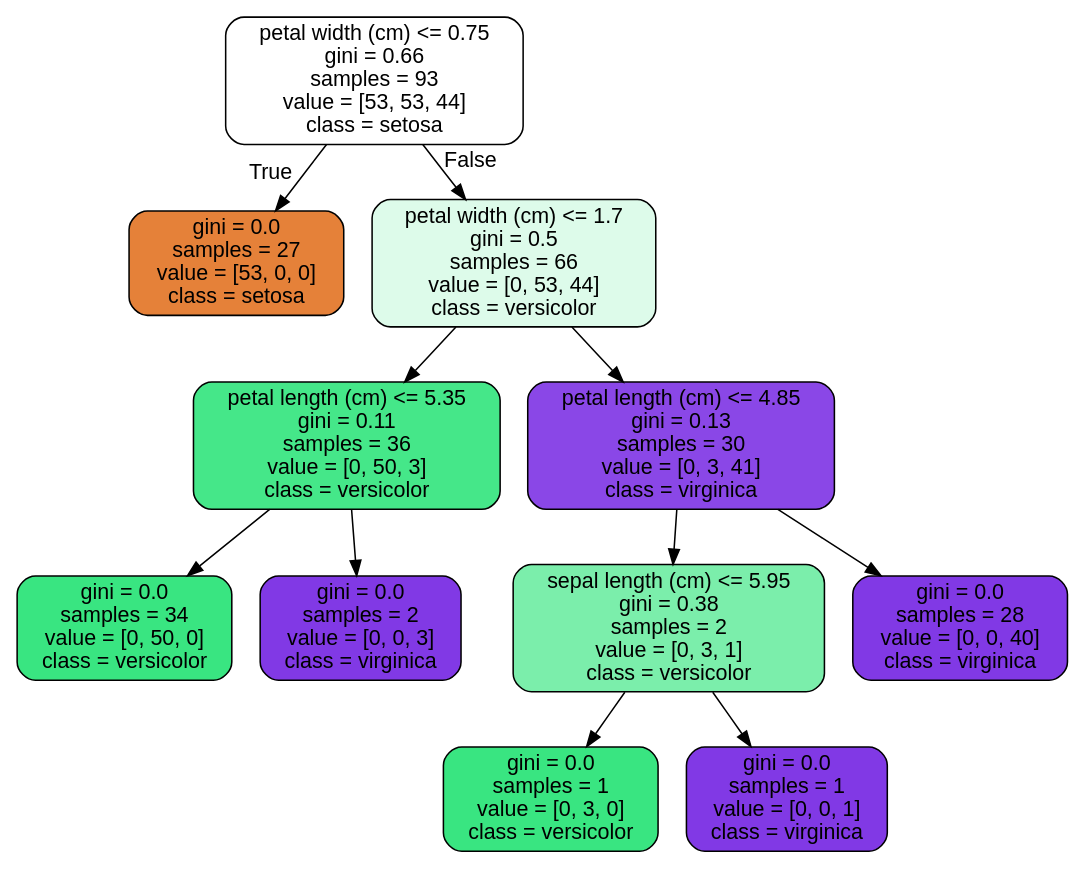
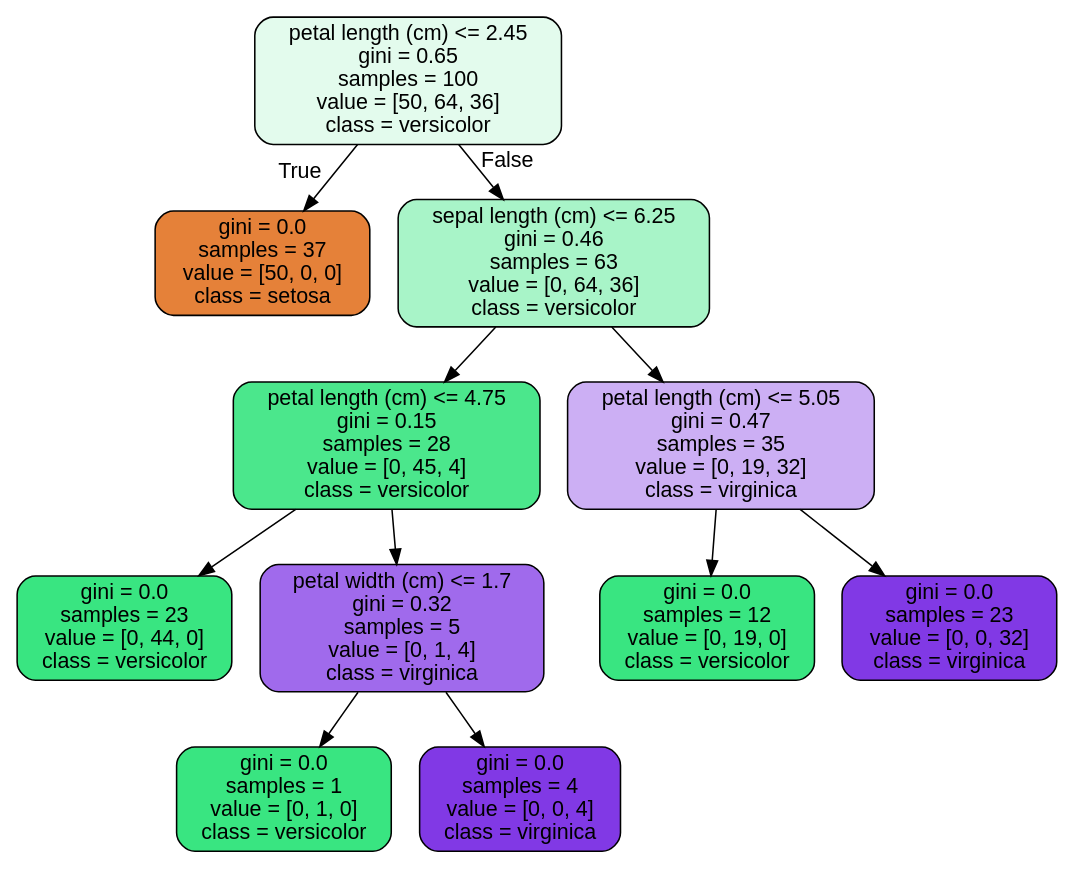
Before and after one commit to VBaluckram/covid_random_forest: the diagram in tree.dot, drawn with Graphviz. The commit also changed 2 other files, not shown here.

```diff
--- a/tree.dot
+++ b/tree.dot
@@ -1,25 +1,25 @@
 digraph Tree {
 node [shape=box, style="filled, rounded", color="black", fontname=helvetica] ;
 edge [fontname=helvetica] ;
-0 [label="petal width (cm) <= 0.75\ngini = 0.66\nsamples = 93\nvalue = [53, 53, 44]\nclass = setosa", fillcolor="#ffffff"] ;
-1 [label="gini = 0.0\nsamples = 27\nvalue = [53, 0, 0]\nclass = setosa", fillcolor="#e58139"] ;
+0 [label="petal length (cm) <= 2.45\ngini = 0.65\nsamples = 100\nvalue = [50, 64, 36]\nclass = versicolor", fillcolor="#e3fbed"] ;
+1 [label="gini = 0.0\nsamples = 37\nvalue = [50, 0, 0]\nclass = setosa", fillcolor="#e58139"] ;
 0 -> 1 [labeldistance=2.5, labelangle=45, headlabel="True"] ;
-2 [label="petal width (cm) <= 1.7\ngini = 0.5\nsamples = 66\nvalue = [0, 53, 44]\nclass = versicolor", fillcolor="#ddfbea"] ;
+2 [label="sepal length (cm) <= 6.25\ngini = 0.46\nsamples = 63\nvalue = [0, 64, 36]\nclass = versicolor", fillcolor="#a8f4c8"] ;
 0 -> 2 [labeldistance=2.5, labelangle=-45, headlabel="False"] ;
-3 [label="petal length (cm) <= 5.35\ngini = 0.11\nsamples = 36\nvalue = [0, 50, 3]\nclass = versicolor", fillcolor="#45e789"] ;
+3 [label="petal length (cm) <= 4.75\ngini = 0.15\nsamples = 28\nvalue = [0, 45, 4]\nclass = versicolor", fillcolor="#4be78c"] ;
 2 -> 3 ;
-4 [label="gini = 0.0\nsamples = 34\nvalue = [0, 50, 0]\nclass = versicolor", fillcolor="#39e581"] ;
+4 [label="gini = 0.0\nsamples = 23\nvalue = [0, 44, 0]\nclass = versicolor", fillcolor="#39e581"] ;
 3 -> 4 ;
-5 [label="gini = 0.0\nsamples = 2\nvalue = [0, 0, 3]\nclass = virginica", fillcolor="#8139e5"] ;
+5 [label="petal width (cm) <= 1.7\ngini = 0.32\nsamples = 5\nvalue = [0, 1, 4]\nclass = virginica", fillcolor="#a06aec"] ;
 3 -> 5 ;
-6 [label="petal length (cm) <= 4.85\ngini = 0.13\nsamples = 30\nvalue = [0, 3, 41]\nclass = virginica", fillcolor="#8a47e7"] ;
-2 -> 6 ;
-7 [label="sepal length (cm) <= 5.95\ngini = 0.38\nsamples = 2\nvalue = [0, 3, 1]\nclass = versicolor", fillcolor="#7beeab"] ;
-6 -> 7 ;
-8 [label="gini = 0.0\nsamples = 1\nvalue = [0, 3, 0]\nclass = versicolor", fillcolor="#39e581"] ;
-7 -> 8 ;
-9 [label="gini = 0.0\nsamples = 1\nvalue = [0, 0, 1]\nclass = virginica", fillcolor="#8139e5"] ;
-7 -> 9 ;
-10 [label="gini = 0.0\nsamples = 28\nvalue = [0, 0, 40]\nclass = virginica", fillcolor="#8139e5"] ;
-6 -> 10 ;
+6 [label="gini = 0.0\nsamples = 1\nvalue = [0, 1, 0]\nclass = versicolor", fillcolor="#39e581"] ;
+5 -> 6 ;
+7 [label="gini = 0.0\nsamples = 4\nvalue = [0, 0, 4]\nclass = virginica", fillcolor="#8139e5"] ;
+5 -> 7 ;
+8 [label="petal length (cm) <= 5.05\ngini = 0.47\nsamples = 35\nvalue = [0, 19, 32]\nclass = virginica", fillcolor="#ccaff4"] ;
+2 -> 8 ;
+9 [label="gini = 0.0\nsamples = 12\nvalue = [0, 19, 0]\nclass = versicolor", fillcolor="#39e581"] ;
+8 -> 9 ;
+10 [label="gini = 0.0\nsamples = 23\nvalue = [0, 0, 32]\nclass = virginica", fillcolor="#8139e5"] ;
+8 -> 10 ;
 }
```
